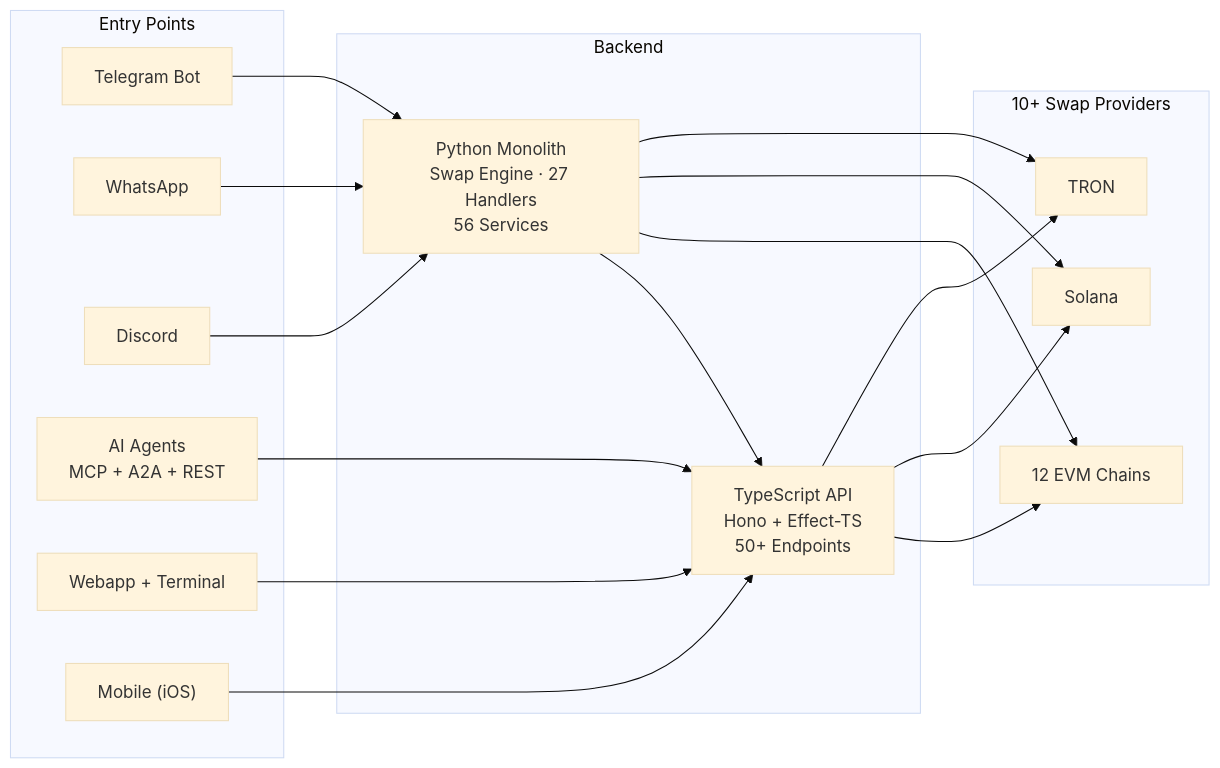
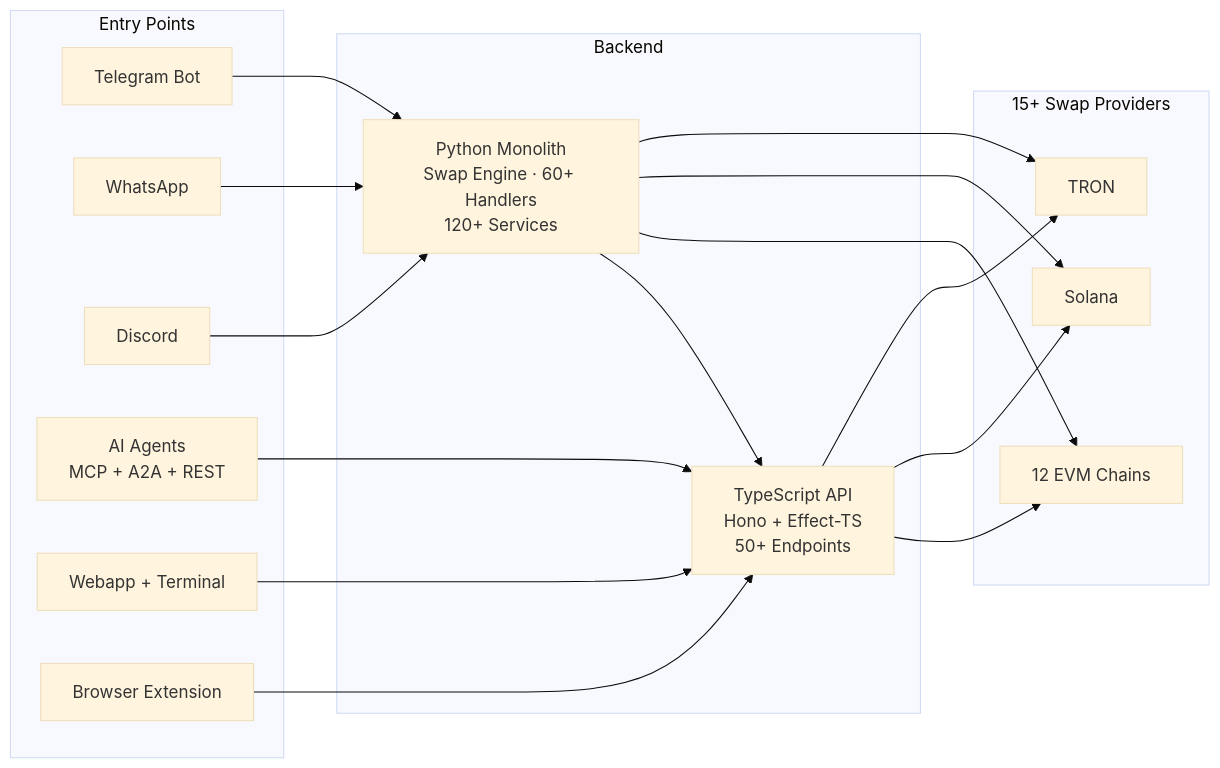
One commit to 0xSoftBoi/suwappubot changed the diagram in README.md. Above: the diagram before and after it, drawn with Mermaid (base theme). The commit also changed other lines of this file and 5 other files, not shown here.

````diff
--- a/README.md
+++ b/README.md
@@ -27,28 +99,28 @@
 ```mermaid
 flowchart LR
     subgraph Clients["Entry Points"]
         TG["Telegram Bot"]
         WA["WhatsApp"]
         DC["Discord"]
         AI["AI Agents\nMCP + A2A + REST"]
         Web["Webapp + Terminal"]
-        Mob["Mobile (iOS)"]
+        Ext["Browser Extension"]
     end
 
     subgraph Backend["Backend"]
-        Bot["Python Monolith\nSwap Engine · 27 Handlers\n56 Services"]
+        Bot["Python Monolith\nSwap Engine · 60+ Handlers\n120+ Services"]
         API["TypeScript API\nHono + Effect-TS\n50+ Endpoints"]
     end
 
-    subgraph Providers["10+ Swap Providers"]
+    subgraph Providers["15+ Swap Providers"]
         EVM["12 EVM Chains"]
         SOL["Solana"]
         TRON["TRON"]
     end
 
     TG & WA & DC --> Bot
-    AI & Web & Mob --> API
+    AI & Web & Ext --> API
     Bot --> API
     API --> EVM & SOL & TRON
     Bot --> EVM & SOL & TRON
 ```
````
